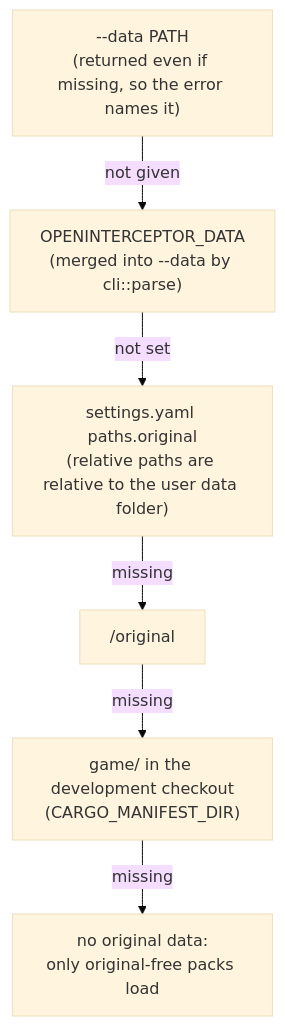
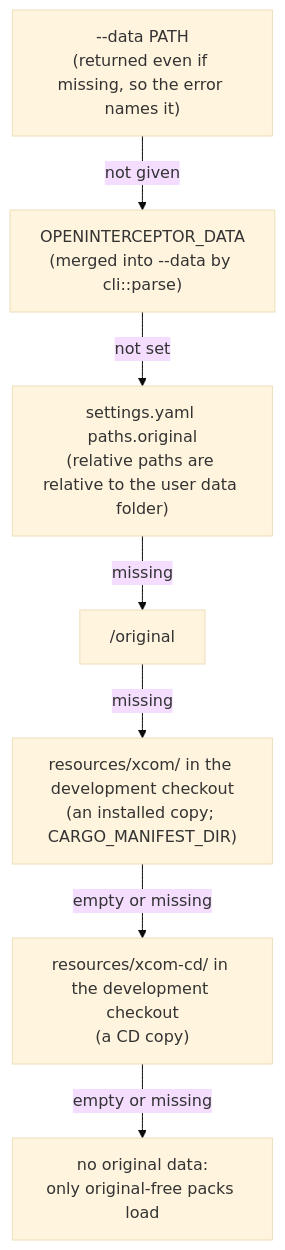
Before and after one commit to bbogovich/OpenInterceptor: the diagram in docs/implementation/architecture/settings.md, drawn with Mermaid (base theme). The commit also changed other lines of this file and 49 other files, not shown here.

````diff
--- a/docs/implementation/architecture/settings.md
+++ b/docs/implementation/architecture/settings.md
@@ -28,8 +45,9 @@
 ```mermaid
 flowchart TD
     A["--data PATH<br/>(returned even if missing, so the error names it)"] -->|not given| B["OPENINTERCEPTOR_DATA<br/>(merged into --data by cli::parse)"]
     B -->|not set| C["settings.yaml paths.original<br/>(relative paths are relative to the user data folder)"]
     C -->|missing| D["<user data>/original"]
-    D -->|missing| E["game/ in the development checkout<br/>(CARGO_MANIFEST_DIR)"]
-    E -->|missing| F["no original data:<br/>only original-free packs load"]
+    D -->|missing| E["resources/xcom/ in the development checkout<br/>(an installed copy; CARGO_MANIFEST_DIR)"]
+    E -->|empty or missing| E2["resources/xcom-cd/ in the development checkout<br/>(a CD copy)"]
+    E2 -->|empty or missing| F["no original data:<br/>only original-free packs load"]
 ```
````
